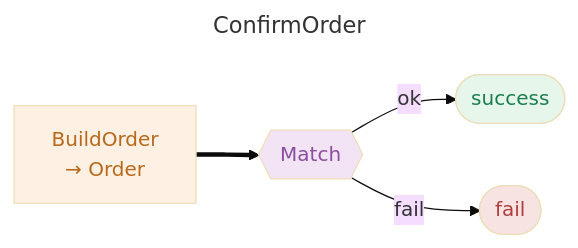
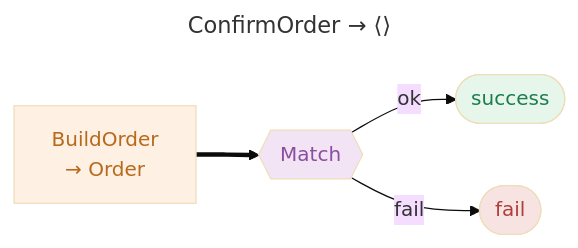
One commit to reslava/nuget-package-reslava-result changed the first of 10 diagrams in mkdocs/demo/flow-catalog.md. Above: the diagram before and after it, drawn with Mermaid (base theme). The commit also changed other lines of this file and 3 other files, not shown here.

Commit message:
fix: escape &quot; in predicate tooltips; skip Legend constant in flow catalog

````diff
--- a/mkdocs/demo/flow-catalog.md
+++ b/mkdocs/demo/flow-catalog.md
@@ -25,19 +25,19 @@
 ```mermaid
 ---
-title: ConfirmOrder
+title: ConfirmOrder → ⟨⟩
 ---
 flowchart LR
     ENTRY_ROOT["BuildOrder<br/>→ Order"]:::operation ==> N0_Match
     N0_Match{{"Match"}}:::terminal
     N0_Match -->|ok| SUCCESS
     SUCCESS([success]):::success
     N0_Match -->|fail| FAIL
     FAIL([fail])
     FAIL:::failure
     classDef operation fill:#fef0e3,color:#b86a1c
     classDef success fill:#e6f6ea,color:#1c7e4f
     classDef terminal fill:#f2e3f5,color:#8a4f9e
     classDef failure fill:#f8e3e3,color:#b13e3e
 %% --- Node correlation (ReasonMetadata.NodeId / PipelineStep) ---
 %%   N0_Match → Match
 ```
````
